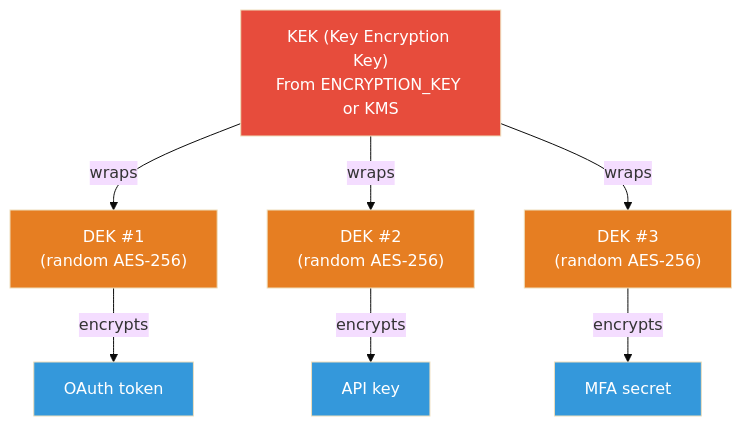
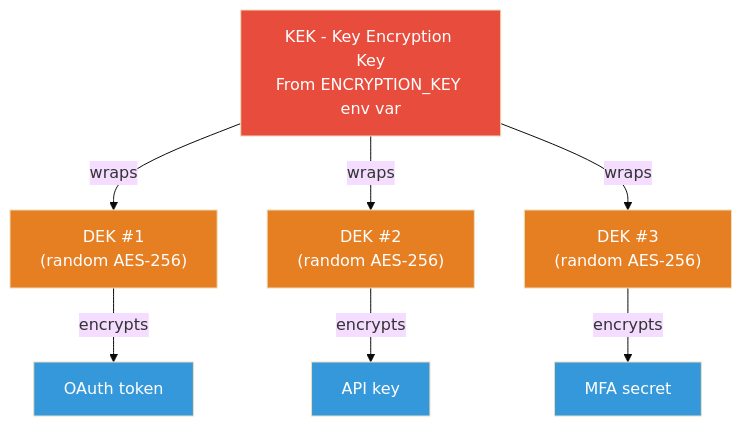
The fifth of 29 diagrams in docs/ENCRYPTION_ARCHITECTURE.md (ChronoAIProject/NyxID), drawn with Mermaid (base theme) before and after one commit. The commit also changed other lines of this file and 8 other files, not shown here.

````diff
--- a/docs/ENCRYPTION_ARCHITECTURE.md
+++ b/docs/ENCRYPTION_ARCHITECTURE.md
@@ -160,20 +200,20 @@
 ```mermaid
 graph TD
-    KEK["KEK (Key Encryption Key)<br/>From ENCRYPTION_KEY or KMS"]
+    KEK["KEK - Key Encryption Key<br/>From ENCRYPTION_KEY env var"]
 
     KEK -->|wraps| DEK1["DEK #1<br/>(random AES-256)"]
     KEK -->|wraps| DEK2["DEK #2<br/>(random AES-256)"]
     KEK -->|wraps| DEK3["DEK #3<br/>(random AES-256)"]
 
     DEK1 -->|encrypts| D1["OAuth token"]
     DEK2 -->|encrypts| D2["API key"]
     DEK3 -->|encrypts| D3["MFA secret"]
 
     style KEK fill:#e74c3c,color:#fff
     style DEK1 fill:#e67e22,color:#fff
     style DEK2 fill:#e67e22,color:#fff
     style DEK3 fill:#e67e22,color:#fff
     style D1 fill:#3498db,color:#fff
     style D2 fill:#3498db,color:#fff
     style D3 fill:#3498db,color:#fff
 ```
````
